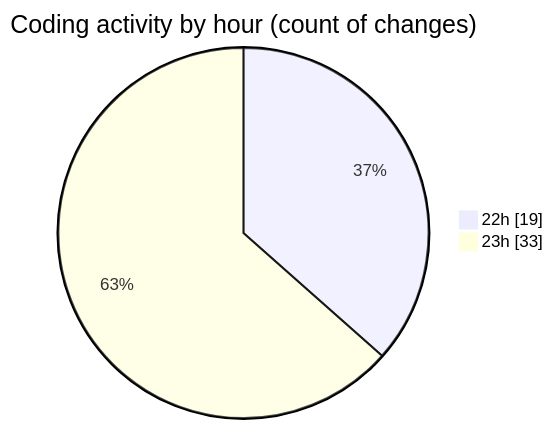
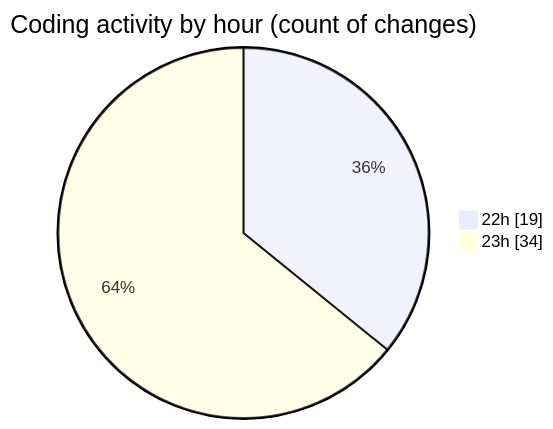
Before and after one commit to lephambinh05/code-tracking: the second of 2 diagrams in 2025-08-20/napxuvn/README.md, drawn with Mermaid. The commit also changed other lines of this file and 1 other file, not shown here.

````diff
--- a/2025-08-20/napxuvn/README.md
+++ b/2025-08-20/napxuvn/README.md
@@ -38,6 +39,6 @@
 ```mermaid
 pie showData
 title Coding activity by hour (count of changes)
 "22h" : 19
-"23h" : 33
+"23h" : 34
 ```
````
